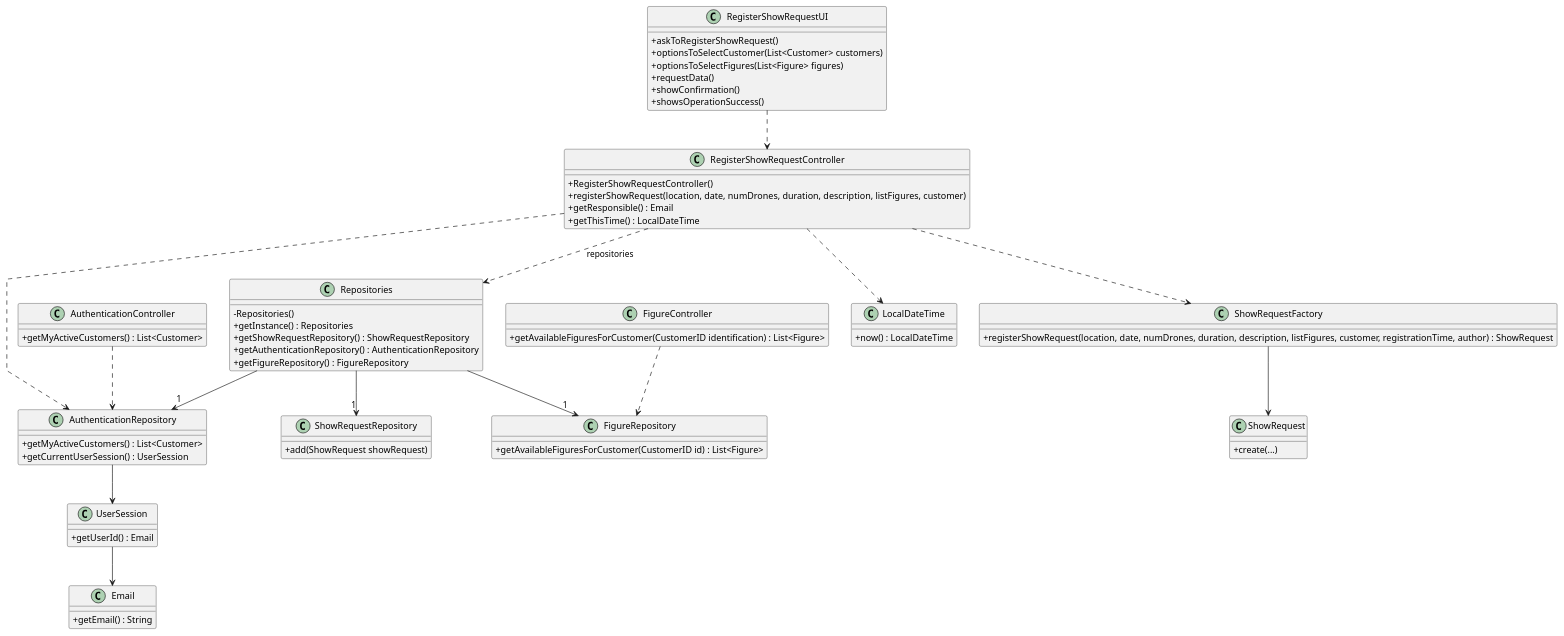
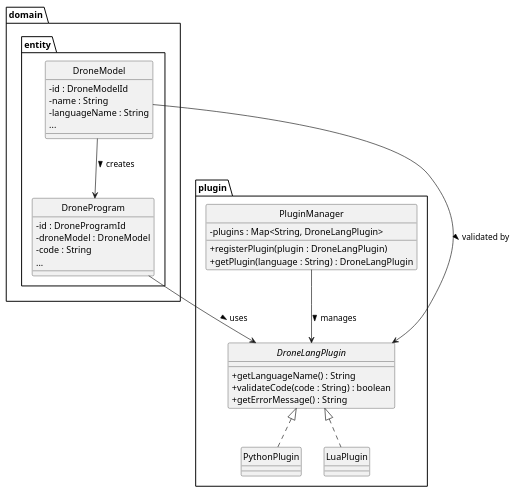
The diagram in docs/planning/sprint3/EAPLI/US345 - Drone language Plugin (Jorge)/03.design/puml/class_diagram.puml (SAEmanuel/Shodrone_ISEP), drawn with PlantUML before and after one commit. The commit also changed 7 other files, not shown here.

Commit message:
[US345 - 1.Design - #250\#253] Documentation for Design with puml included (Class diagram and SSD)

```diff
--- a/docs/planning/sprint3/EAPLI/US345 - Drone language Plugin (Jorge)/03.design/puml/class_diagram.puml
+++ b/docs/planning/sprint3/EAPLI/US345 - Drone language Plugin (Jorge)/03.design/puml/class_diagram.puml
@@ -1,90 +1,48 @@
 @startuml
-skinparam packageStyle rectangle
-skinparam shadowing false
-skinparam linetype polyline
+' Class Diagram for US345 - Drone Language Plugin
+
+skinparam style strictuml
 skinparam classAttributeIconSize 0
 
-class Repositories {
-    - Repositories()
-    + getInstance() : Repositories
-    + getShowRequestRepository() : ShowRequestRepository
-    + getAuthenticationRepository() : AuthenticationRepository
-    + getFigureRepository() : FigureRepository
+package "domain.entity" {
+    class DroneModel {
+        - id : DroneModelId
+        - name : String
+        - languageName : String
+        ...
+    }
+
+    class DroneProgram {
+        - id : DroneProgramId
+        - droneModel : DroneModel
+        - code : String
+        ...
+    }
 }
 
-class AuthenticationController {
-    + getMyActiveCustomers() : List<Customer>
+package "plugin" {
+    interface DroneLangPlugin {
+        + getLanguageName() : String
+        + validateCode(code : String) : boolean
+        + getErrorMessage() : String
+    }
+
+    class PythonPlugin
+    class LuaPlugin
+
+    class PluginManager {
+        - plugins : Map<String, DroneLangPlugin>
+        + registerPlugin(plugin : DroneLangPlugin)
+        + getPlugin(language : String) : DroneLangPlugin
+    }
+
+    DroneLangPlugin <|.. PythonPlugin
+    DroneLangPlugin <|.. LuaPlugin
 }
 
-class FigureController {
-    + getAvailableFiguresForCustomer(CustomerID identification) : List<Figure>
-}
-
-class RegisterShowRequestController {
-    + RegisterShowRequestController()
-    + registerShowRequest(location, date, numDrones, duration, description, listFigures, customer)
-    + getResponsible() : Email
-    + getThisTime() : LocalDateTime
-}
-
-class RegisterShowRequestUI {
-    + askToRegisterShowRequest()
-    + optionsToSelectCustomer(List<Customer> customers)
-    + optionsToSelectFigures(List<Figure> figures)
-    + requestData()
-    + showConfirmation()
-    + showsOperationSuccess()
-}
-
-class ShowRequestFactory {
-    + registerShowRequest(location, date, numDrones, duration, description, listFigures, customer, registrationTime, author) : ShowRequest
-}
-
-class ShowRequest {
-    + create(...)
-}
-
-class AuthenticationRepository {
-    + getMyActiveCustomers() : List<Customer>
-    + getCurrentUserSession() : UserSession
-}
-
-class FigureRepository {
-    + getAvailableFiguresForCustomer(CustomerID id) : List<Figure>
-}
-
-class ShowRequestRepository {
-    + add(ShowRequest showRequest)
-}
-
-class UserSession {
-    + getUserId() : Email
-}
-
-class Email {
-    + getEmail() : String
-}
-
-class LocalDateTime {
-    + now() : LocalDateTime
-}
-
-RegisterShowRequestUI ..> RegisterShowRequestController
-RegisterShowRequestController ..> Repositories : repositories
-Repositories --> "1" ShowRequestRepository
-Repositories --> "1" AuthenticationRepository
-Repositories --> "1" FigureRepository
-
-RegisterShowRequestController ..> AuthenticationRepository
-AuthenticationController ..> AuthenticationRepository
-AuthenticationRepository --> UserSession
-UserSession --> Email
-
-RegisterShowRequestController ..> ShowRequestFactory
-ShowRequestFactory --> ShowRequest
-
-RegisterShowRequestController ..> LocalDateTime
-
-FigureController ..> FigureRepository
+DroneModel --> DroneProgram : "creates >"
+DroneModel --> DroneLangPlugin : "validated by >"
+DroneProgram --> DroneLangPlugin : "uses >"
+PluginManager --> DroneLangPlugin : "manages >"
 
 @enduml
```
